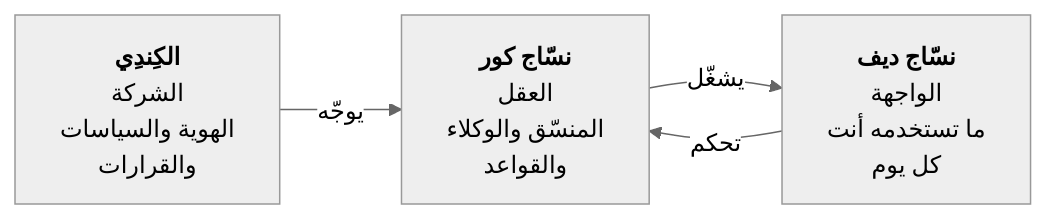
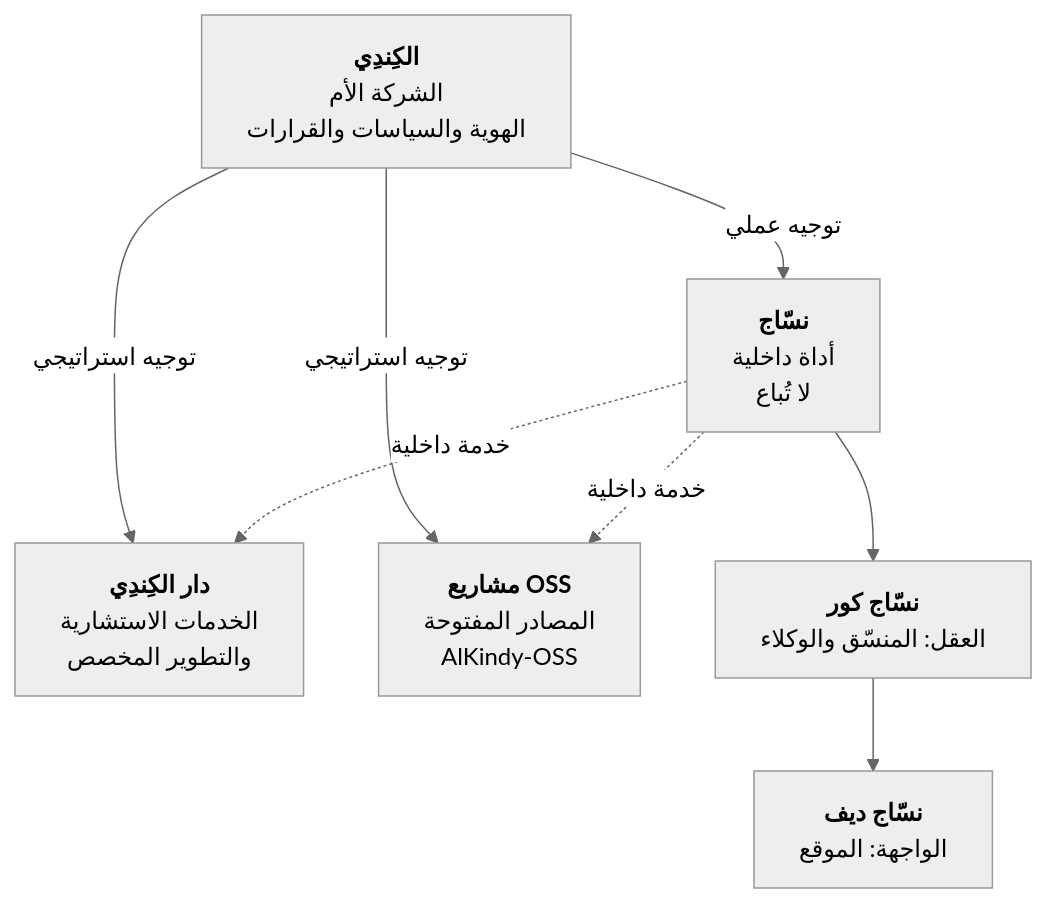
The first of 2 diagrams in docs/team-wiki/00-overview.md (Kindi-sa/nassaj-dev), drawn with Mermaid (neutral theme) before and after one commit. The commit also changed other lines of this file and 4 other files, not shown here.

````diff
--- a/docs/team-wiki/00-overview.md
+++ b/docs/team-wiki/00-overview.md
@@ -9,10 +9,24 @@
 ```mermaid
-graph LR
-    A["<b>الكِندِي</b><br/>الشركة<br/>الهوية والسياسات<br/>والقرارات"]
-    B["<b>نسّاج كور</b><br/>العقل<br/>المنسّق والوكلاء<br/>والقواعد"]
-    C["<b>نسّاج ديف</b><br/>الواجهة<br/>ما تستخدمه أنت<br/>كل يوم"]
+graph TD
+    Kindy["<b>الكِندِي</b><br/>الشركة الأم<br/>الهوية والسياسات والقرارات"]
     
-    A -->|يوجّه| B
-    B -->|يشغّل| C
-    C -->|تحكم| B
+    DarAlKindy["<b>دار الكِندِي</b><br/>الخدمات الاستشارية<br/>والتطوير المخصص"]
+    
+    OSS["<b>مشاريع OSS</b><br/>المصادر المفتوحة<br/>AlKindy-OSS"]
+    
+    Nassaj["<b>نسّاج</b><br/>أداة داخلية<br/>لا تُباع"]
+    
+    NassajCore["<b>نسّاج كور</b><br/>العقل: المنسّق والوكلاء"]
+    
+    NassajDev["<b>نسّاج ديف</b><br/>الواجهة: الموقع"]
+    
+    Kindy -->|توجيه استراتيجي| DarAlKindy
+    Kindy -->|توجيه استراتيجي| OSS
+    Kindy -->|توجيه عملي| Nassaj
+    
+    Nassaj -.->|خدمة داخلية| DarAlKindy
+    Nassaj -.->|خدمة داخلية| OSS
+    
+    Nassaj --> NassajCore
+    NassajCore --> NassajDev
 ```
````
